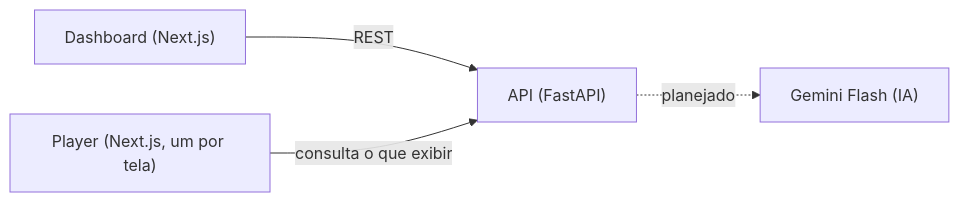
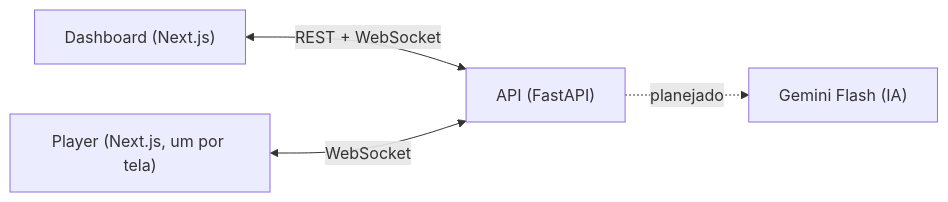
One commit to JoaoPedro071/Squad10_Project_RiseUP_Accenture changed the diagram in README.md. Above: the diagram before and after it, drawn with Mermaid. The commit also changed other lines of this file and 3 other files, not shown here.

````diff
--- a/README.md
+++ b/README.md
@@ -11,6 +11,6 @@
 ```mermaid
 flowchart LR
-    D["Dashboard (Next.js)"] -->|"REST"| A["API (FastAPI)"]
-    P["Player (Next.js, um por tela)"] -->|"consulta o que exibir"| A
+    D["Dashboard (Next.js)"] <-->|"REST + WebSocket"| A["API (FastAPI)"]
+    P["Player (Next.js, um por tela)"] <-->|"WebSocket"| A
     A -.->|"planejado"| G["Gemini Flash (IA)"]
 ```
````
